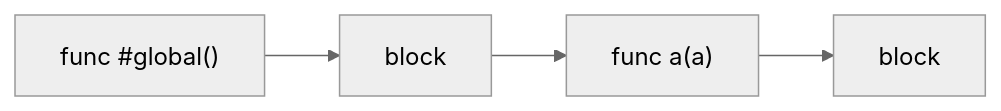
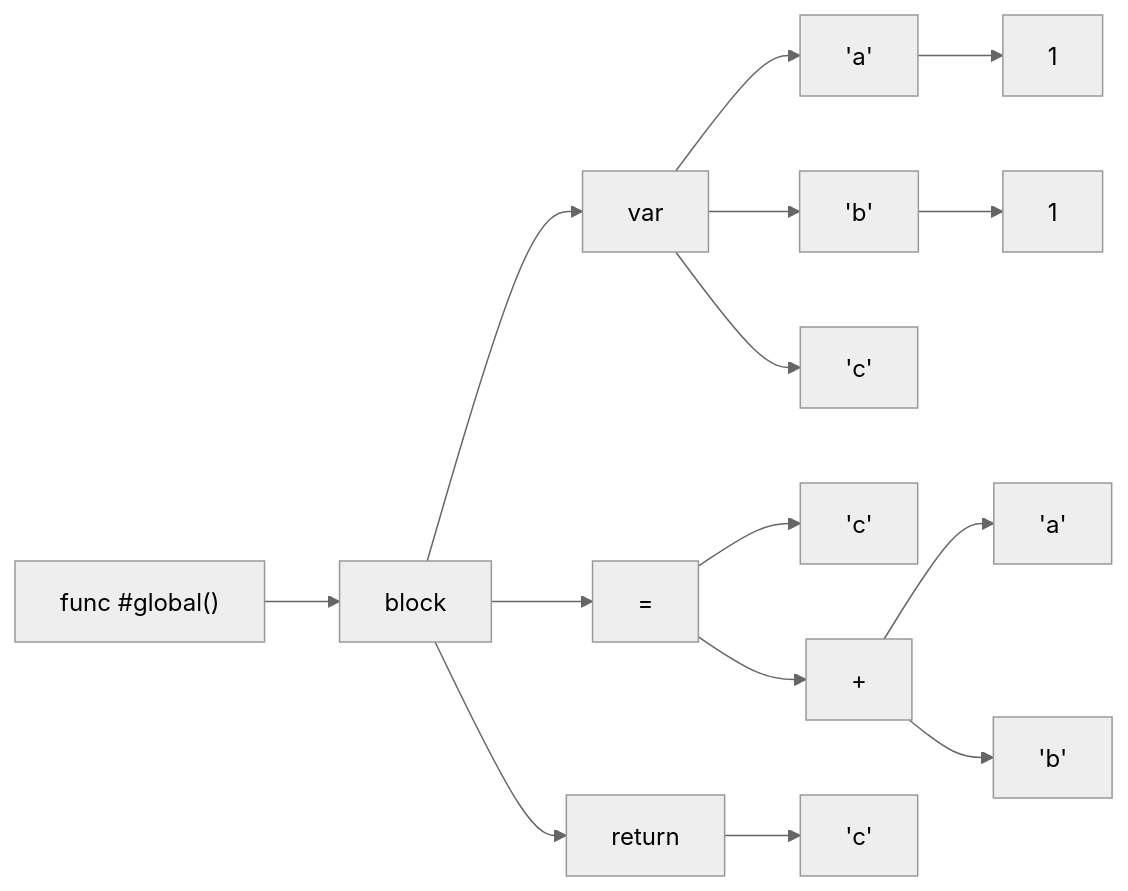
The diagram in graph.md (rick-200/Rapid), drawn with Mermaid (neutral theme) before and after one commit. The commit also changed 23 other files, not shown here.

````diff
--- a/graph.md
+++ b/graph.md
@@ -1,10 +1,32 @@
 ```mermaid
 graph LR
 1["func #global()"]
 2["block"]
-3["func a(a)"]
-4["block"]
+3["var"]
+4["'a'"]
 3-->4
+5["1"]
+4-->5
+6["'b'"]
+3-->6
+7["1"]
+6-->7
+8["'c'"]
+3-->8
 2-->3
+9["="]
+A["'c'"]
+B["+"]
+C["'a'"]
+D["'b'"]
+B-->C
+B-->D
+9-->A
+9-->B
+2-->9
+E["return"]
+F["'c'"]
+E-->F
+2-->E
 1-->2
 ```
````
